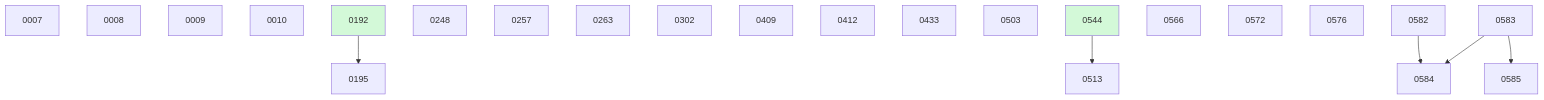
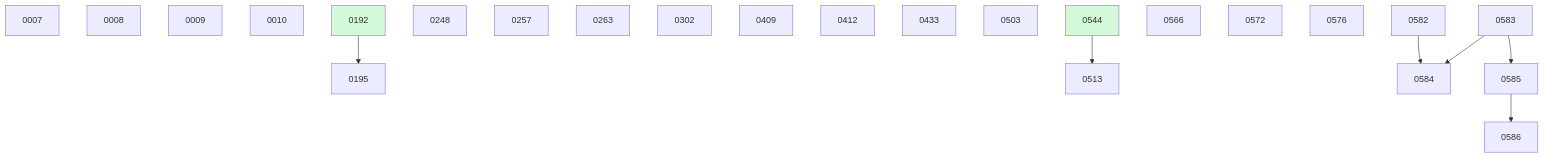
The diagram in docs/changes/BOARD.md (danielhanold/docket), drawn with Mermaid before and after one commit. The commit also changed other lines of this file and 1 other file, not shown here.

````diff
--- a/docs/changes/BOARD.md
+++ b/docs/changes/BOARD.md
@@ -36,28 +37,29 @@
 ```mermaid
 graph TD
   0007
   0008
   0009
   0010
   0192 --> 0195
   0248
   0257
   0263
   0302
   0409
   0412
   0433
   0503
   0544 --> 0513
   0566
   0572
   0576
   0582
   0583
   0582 --> 0584
   0583 --> 0584
   0583 --> 0585
+  0585 --> 0586
   0192:::done
   0544:::done
   classDef done fill:#d3f9d8;
 ```
````
